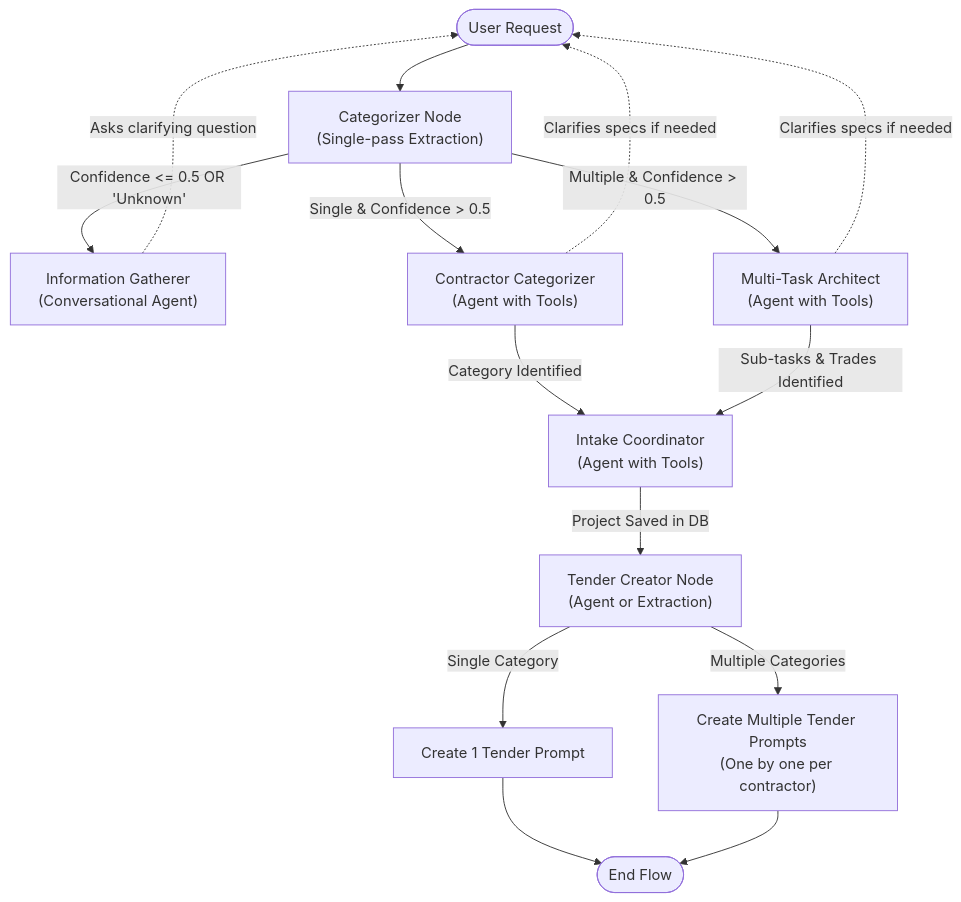
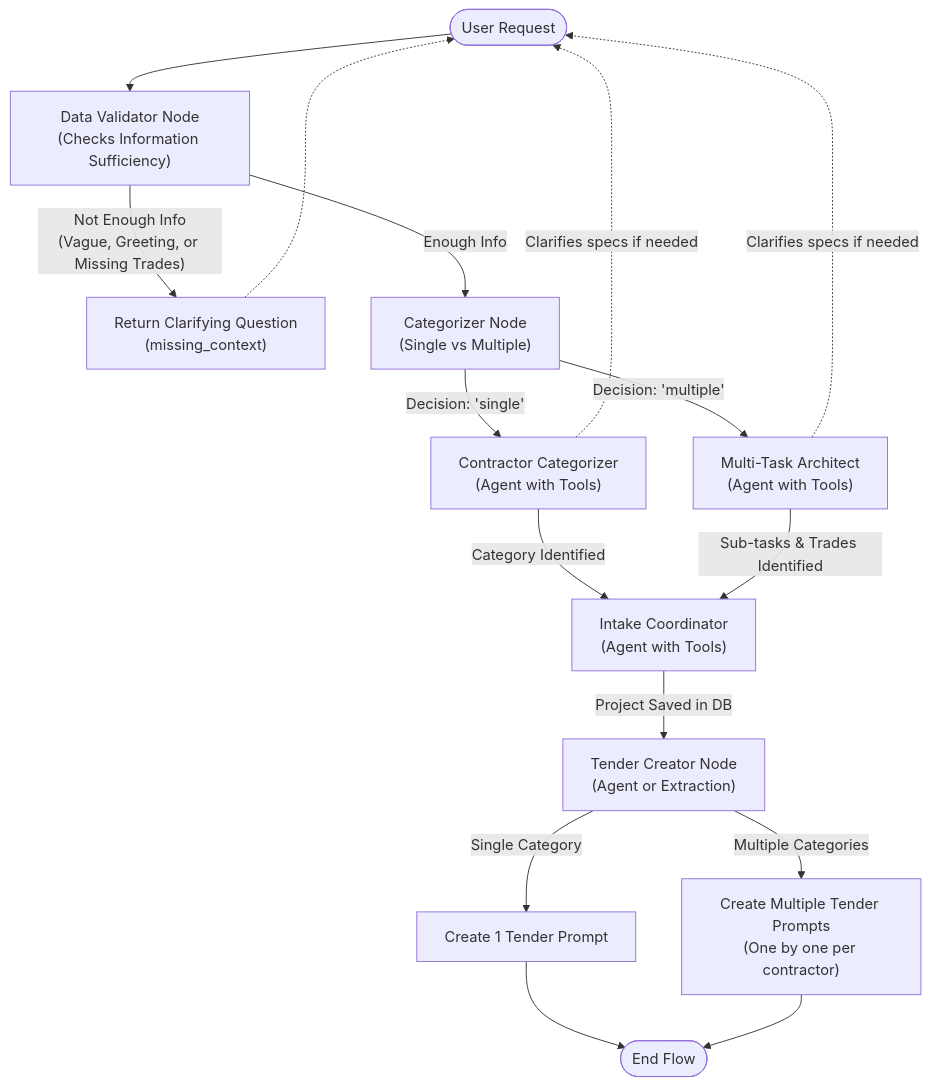
One commit to galuza87/HandymanTenderMaker changed the diagram in docs/tender_flowchart.md. Above: the diagram before and after it, drawn with Mermaid. The commit also changed other lines of this file and 6 other files, not shown here.

````diff
--- a/docs/tender_flowchart.md
+++ b/docs/tender_flowchart.md
@@ -7,29 +7,31 @@
 ```mermaid
 flowchart TD
-    User(["User Request"]) --> Categorizer["Categorizer Node\n(Single-pass Extraction)"]
+    User(["User Request"]) --> DataValidator["Data Validator Node\n(Checks Information Sufficiency)"]
     
-    %% Low Confidence / Unknown Path
-    Categorizer -- "Confidence <= 0.5 OR 'Unknown'" --> InfoGatherer["Information Gatherer\n(Conversational Agent)"]
-    InfoGatherer -. "Asks clarifying question" .-> User
+    %% Not Enough Info Path
+    DataValidator -- "Not Enough Info\n(Vague, Greeting, or Missing Trades)" --> ReturnUser["Return Clarifying Question\n(missing_context)"]
+    ReturnUser -.-> User
     
-    %% High Confidence Paths
-    Categorizer -- "Single & Confidence > 0.5" --> ContractorCategorizer["Contractor Categorizer\n(Agent with Tools)"]
-    Categorizer -- "Multiple & Confidence > 0.5" --> MultiTaskArchitect["Multi-Task Architect\n(Agent with Tools)"]
+    %% Enough Info Path
+    DataValidator -- "Enough Info" --> Categorizer["Categorizer Node\n(Single vs Multiple)"]
+    
+    Categorizer -- "Decision: 'single'" --> ContractorCategorizer["Contractor Categorizer\n(Agent with Tools)"]
+    Categorizer -- "Decision: 'multiple'" --> MultiTaskArchitect["Multi-Task Architect\n(Agent with Tools)"]
     
     %% Conversational Loops (Clarifying specs)
     ContractorCategorizer -. "Clarifies specs if needed" .-> User
     MultiTaskArchitect -. "Clarifies specs if needed" .-> User
     
     %% Moving to Intake
     ContractorCategorizer -- "Category Identified" --> Intake["Intake Coordinator\n(Agent with Tools)"]
     MultiTaskArchitect -- "Sub-tasks & Trades Identified" --> Intake
     
     %% Tender Generation
     Intake -- "Project Saved in DB" --> TenderCreator["Tender Creator Node\n(Agent or Extraction)"]
     
     TenderCreator -- "Single Category" --> SingleTender["Create 1 Tender Prompt"]
     TenderCreator -- "Multiple Categories" --> MultiTender["Create Multiple Tender Prompts\n(One by one per contractor)"]
     
     SingleTender --> End(["End Flow"])
     MultiTender --> End
 ```
````
